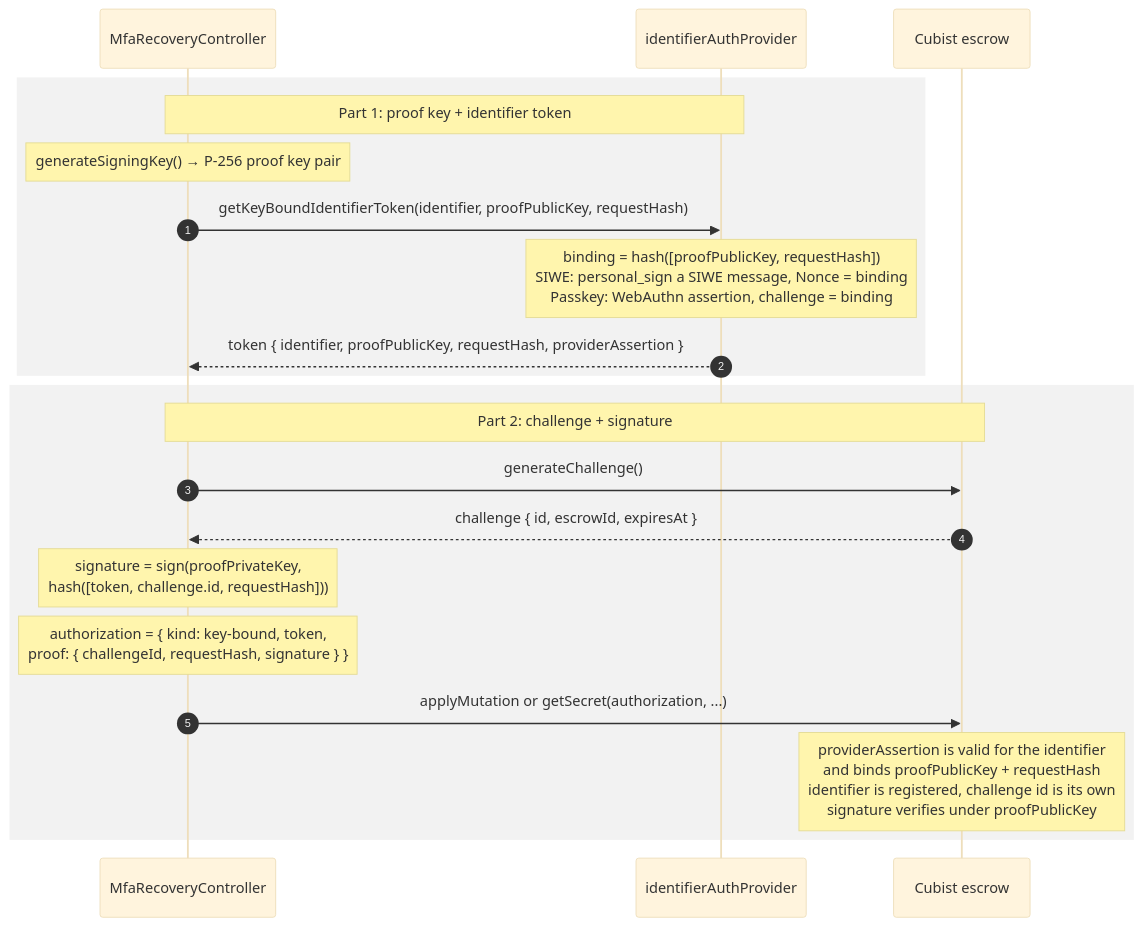
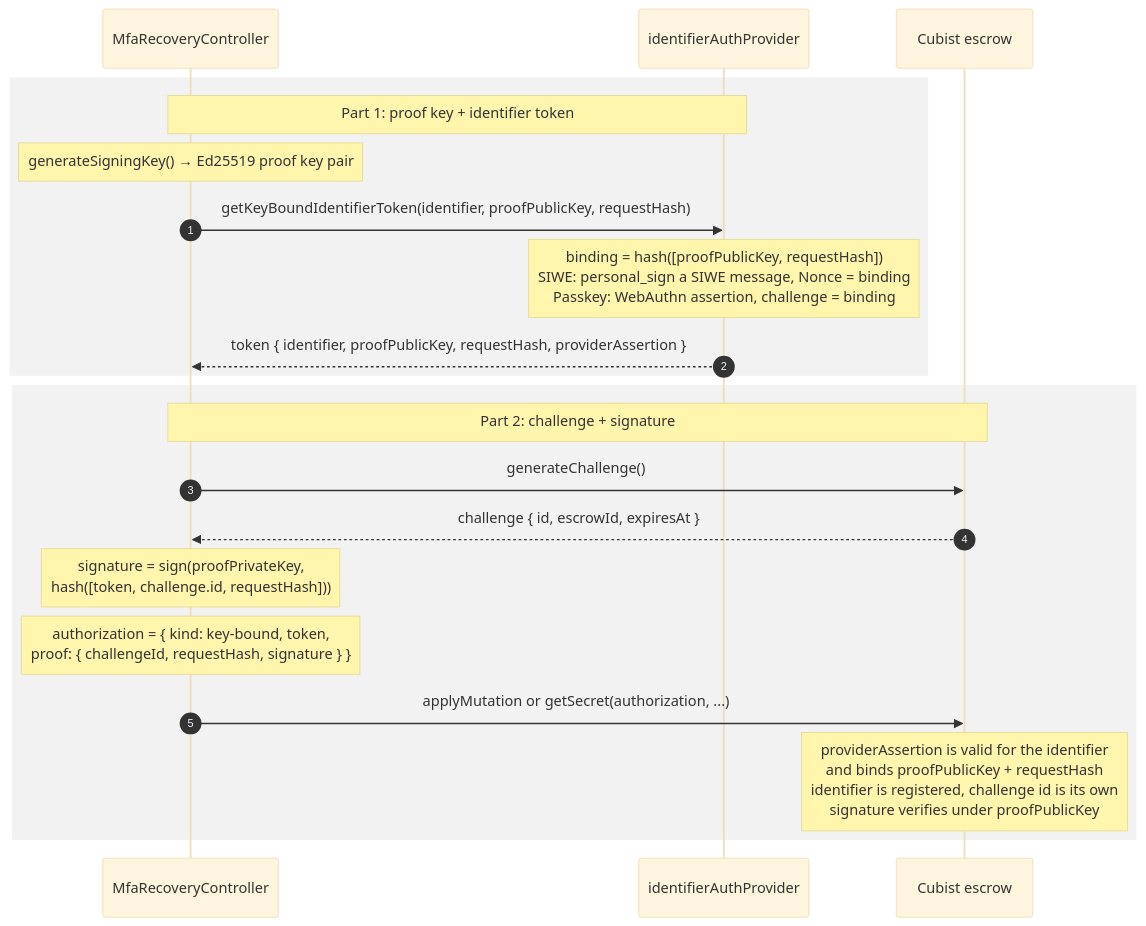
One commit to MetaMask/core changed the fourth of 5 diagrams in packages/mfa-recovery-controller/CUBIST_TEST_SEQUENCE.md. Above: the diagram before and after it, drawn with Mermaid (base theme). The commit also changed 15 other files, not shown here.

````diff
--- a/packages/mfa-recovery-controller/CUBIST_TEST_SEQUENCE.md
+++ b/packages/mfa-recovery-controller/CUBIST_TEST_SEQUENCE.md
@@ -135,25 +135,25 @@
 ```mermaid
 sequenceDiagram
   autonumber
   participant C as MfaRecoveryController
   participant Id as identifierAuthProvider
   participant Cubist as Cubist escrow
 
   rect rgba(128, 128, 128, 0.1)
   Note over C,Id: Part 1: proof key + identifier token
-  Note over C: generateSigningKey() → P-256 proof key pair
+  Note over C: generateSigningKey() → Ed25519 proof key pair
   C->>Id: getKeyBoundIdentifierToken(identifier, proofPublicKey, requestHash)
   Note over Id: binding = hash([proofPublicKey, requestHash])<br/>SIWE: personal_sign a SIWE message, Nonce = binding<br/>Passkey: WebAuthn assertion, challenge = binding
   Id-->>C: token { identifier, proofPublicKey, requestHash, providerAssertion }
   end
 
   rect rgba(128, 128, 128, 0.1)
   Note over C,Cubist: Part 2: challenge + signature
   C->>Cubist: generateChallenge()
   Cubist-->>C: challenge { id, escrowId, expiresAt }
   Note over C: signature = sign(proofPrivateKey,<br/>hash([token, challenge.id, requestHash]))
   Note over C: authorization = { kind: key-bound, token,<br/>proof: { challengeId, requestHash, signature } }
   C->>Cubist: applyMutation or getSecret(authorization, ...)
   Note over Cubist: providerAssertion is valid for the identifier<br/>and binds proofPublicKey + requestHash<br/>identifier is registered, challenge id is its own<br/>signature verifies under proofPublicKey
   end
 ```
````
